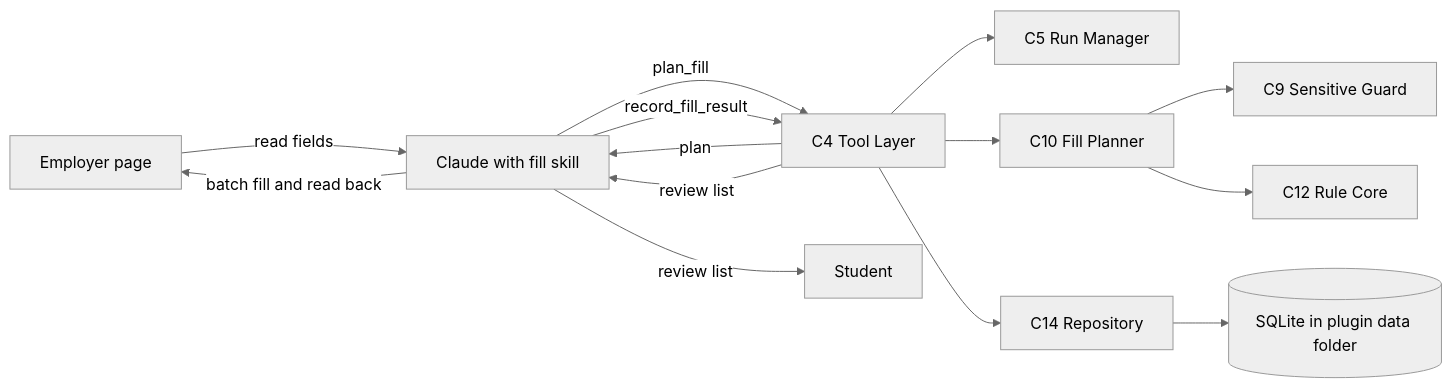
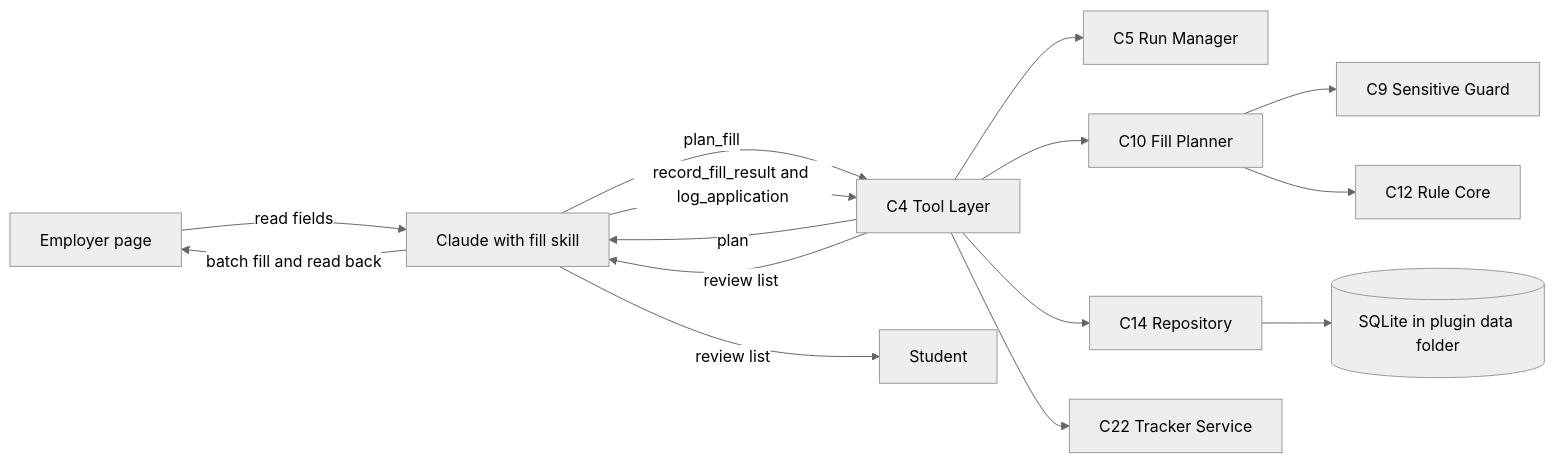
Before and after one commit to Mikey-He/5940-Project: the first of 2 diagrams in aidlc-docs/inception/application-design/component-dependency.md, drawn with Mermaid (neutral theme). The commit also changed other lines of this file and 6 other files, not shown here.

Commit message:
AI-DLC Application Design v2: tracker, scorer, questionnaire

````diff
--- a/aidlc-docs/inception/application-design/component-dependency.md
+++ b/aidlc-docs/inception/application-design/component-dependency.md
@@ -41,16 +45,17 @@
 ```mermaid
 flowchart LR
     Page["Employer page"] -->|read fields| Claude["Claude with fill skill"]
     Claude -->|plan_fill| Tools["C4 Tool Layer"]
     Tools --> Run["C5 Run Manager"]
     Tools --> Planner["C10 Fill Planner"]
     Planner --> Guard["C9 Sensitive Guard"]
     Planner --> Core["C12 Rule Core"]
     Tools --> Repo["C14 Repository"]
     Repo --> DB[("SQLite in plugin data folder")]
     Tools -->|plan| Claude
     Claude -->|batch fill and read back| Page
-    Claude -->|record_fill_result| Tools
+    Claude -->|record_fill_result and log_application| Tools
+    Tools --> Tracker["C22 Tracker Service"]
     Tools -->|review list| Claude
     Claude -->|review list| Student["Student"]
 ```
````
